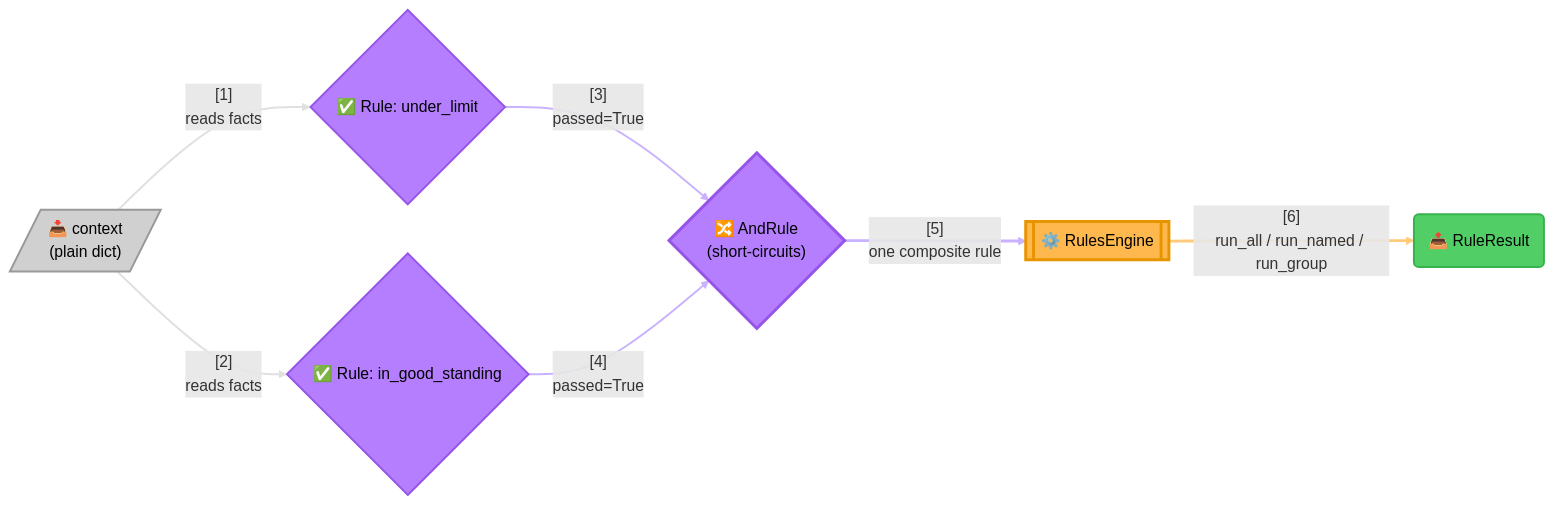
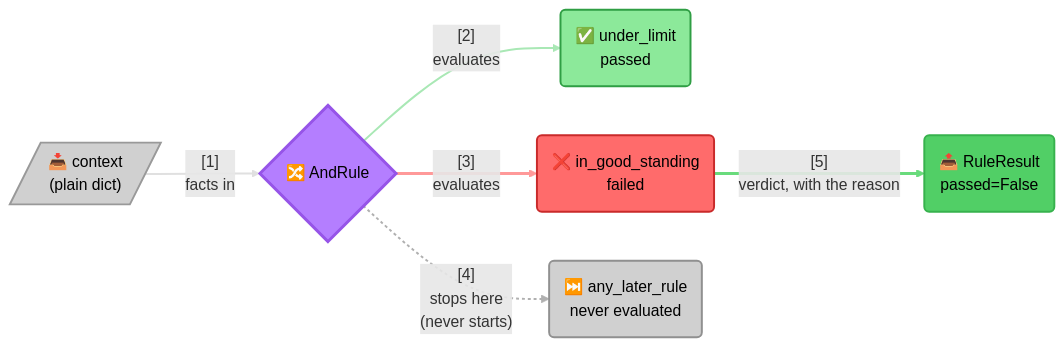
The diagram in README.md (pawan-vyas/verdict-rules), drawn with Mermaid before and after one commit. The commit also changed other lines of this file and 19 other files, not shown here.

````diff
--- a/README.md
+++ b/README.md
@@ -27,43 +50,39 @@
 ```mermaid
 graph LR
     Ctx[/"📥 context<br/>(plain dict)"/]
-    RuleA{"✅ Rule: under_limit"}
-    RuleB{"✅ Rule: in_good_standing"}
-    Combine{"🔀 AndRule<br/>(short-circuits)"}
-    Engine[["⚙️ RulesEngine"]]
-    Out("📤 RuleResult")
+    Comp{"🔀 AndRule"}
+    R1("✅ under_limit<br/>passed")
+    R2("❌ in_good_standing<br/>failed")
+    R3("⏭️ any_later_rule<br/>never evaluated")
+    Out("📤 RuleResult<br/>passed=False")
 
-    %% Link 0: context -> RuleA
-    Ctx -->|"[1]<br/>reads facts"| RuleA
-    %% Link 1: context -> RuleB
-    Ctx -->|"[2]<br/>reads facts"| RuleB
-    %% Link 2: RuleA -> Combine
-    RuleA -->|"[3]<br/>passed=True"| Combine
-    %% Link 3: RuleB -> Combine
-    RuleB -->|"[4]<br/>passed=True"| Combine
-    %% Link 4: Combine -> Engine
-    Combine -->|"[5]<br/>one composite rule"| Engine
-    %% Link 5: Engine -> Out
-    Engine -->|"[6]<br/>run_all / run_named / run_group"| Out
+    %% Link 0: context -> AndRule
+    Ctx -->|"[1]<br/>facts in"| Comp
+    %% Link 1: AndRule -> R1
+    Comp -->|"[2]<br/>evaluates"| R1
+    %% Link 2: AndRule -> R2
+    Comp -->|"[3]<br/>evaluates"| R2
+    %% Link 3: AndRule -> R3
+    Comp -.->|"[4]<br/>stops here<br/>(never starts)"| R3
+    %% Link 4: R2 -> Out
+    R2 -->|"[5]<br/>verdict, with the reason"| Out
 
     style Ctx fill:#D0D0D0,stroke:#999999,stroke-width:2px,color:#000
-    style RuleA fill:#B47EFF,stroke:#9654E8,stroke-width:2px,color:#000
-    style RuleB fill:#B47EFF,stroke:#9654E8,stroke-width:2px,color:#000
-    style Combine fill:#B47EFF,stroke:#9654E8,stroke-width:3px,color:#000
-    style Engine fill:#FFB84D,stroke:#E69500,stroke-width:3px,color:#000
+    style Comp fill:#B47EFF,stroke:#9654E8,stroke-width:3px,color:#000
+    style R1 fill:#8CE99A,stroke:#2F9E44,stroke-width:2px,color:#000
+    style R2 fill:#FF6B6B,stroke:#C92A2A,stroke-width:2px,color:#000
+    style R3 fill:#D0D0D0,stroke:#909090,stroke-width:2px,color:#000
     style Out fill:#51CF66,stroke:#37B24D,stroke-width:2px,color:#000
 
     %% Link Index:
-    %% 0: context -> Rule A (reads facts)
-    %% 1: context -> Rule B (reads facts)
-    %% 2: Rule A -> AndRule (sub-result)
-    %% 3: Rule B -> AndRule (sub-result)
-    %% 4: AndRule -> RulesEngine (as one named/grouped rule)
-    %% 5: RulesEngine -> RuleResult/RunResult (the answer)
+    %% 0: facts enter as a plain dict
+    %% 1: the first sub-rule is evaluated and passes
+    %% 2: the second is evaluated and fails
+    %% 3: everything after it is never started at all
+    %% 4: the verdict carries which rule failed and why
     linkStyle 0 stroke:#E0E0E0,stroke-width:2px
-    linkStyle 1 stroke:#E0E0E0,stroke-width:2px
-    linkStyle 2 stroke:#C9B3FF,stroke-width:2px
-    linkStyle 3 stroke:#C9B3FF,stroke-width:2px
-    linkStyle 4 stroke:#C9B3FF,stroke-width:3px
-    linkStyle 5 stroke:#FFCB7A,stroke-width:3px
+    linkStyle 1 stroke:#A9E8B5,stroke-width:2px
+    linkStyle 2 stroke:#FF9999,stroke-width:3px
+    linkStyle 3 stroke:#B0B0B0,stroke-width:2px,stroke-dasharray:3 3
+    linkStyle 4 stroke:#69DB7C,stroke-width:3px
 ```
````
